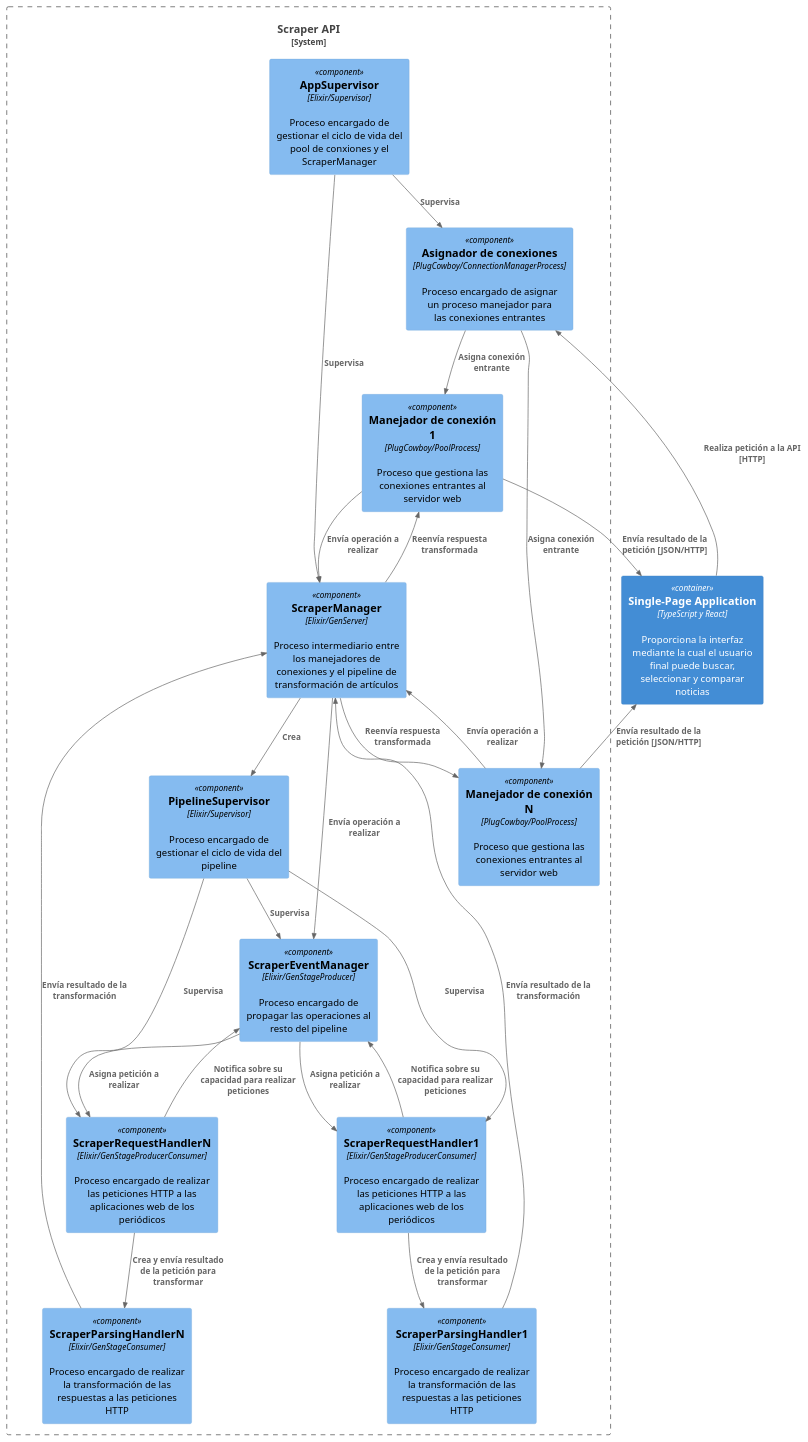
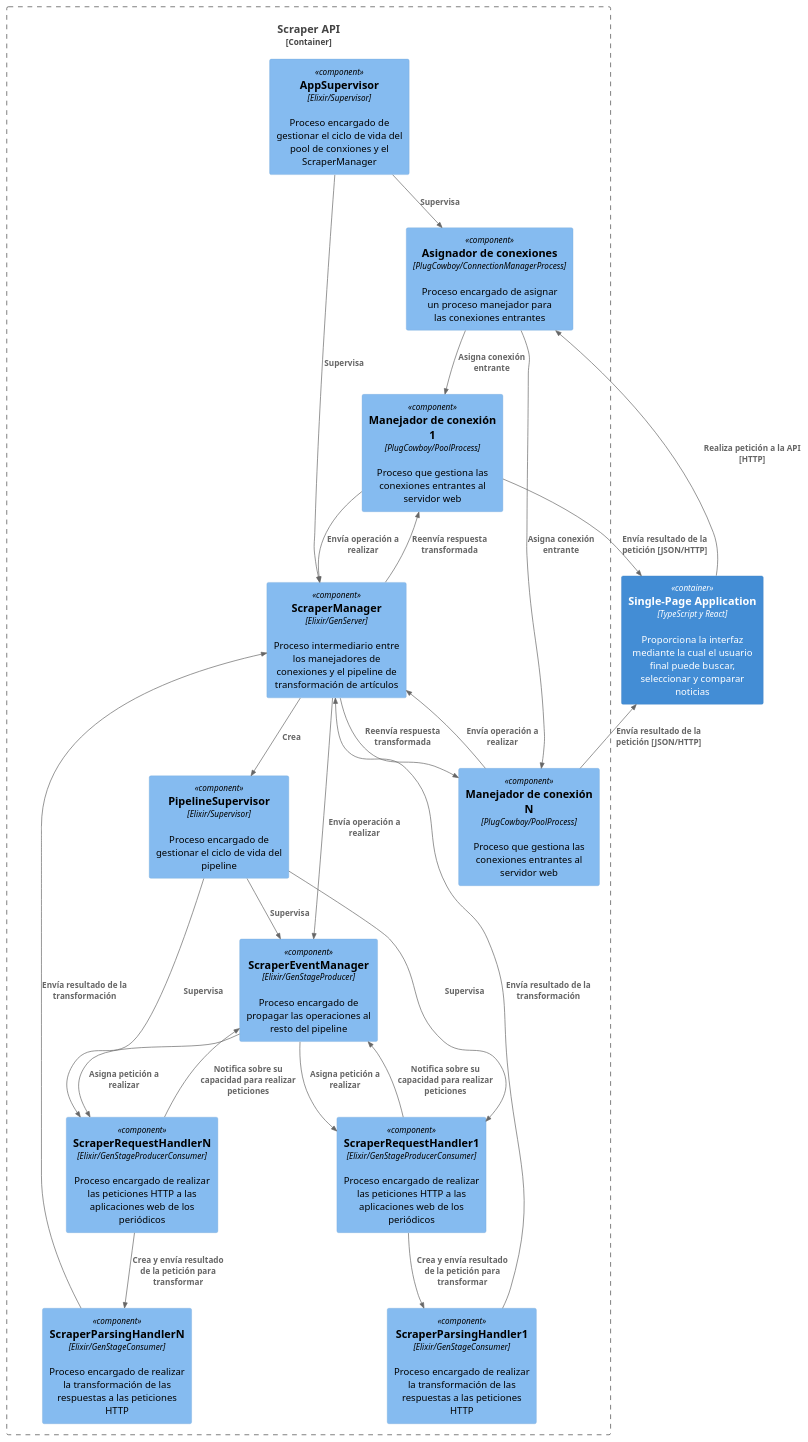
Before and after one commit to afsanchez1/contrast_app: the diagram in docs/diagrams/src/component.puml, drawn with PlantUML.

Commit message:
Component diagram added

```diff
--- a/docs/diagrams/src/component.puml
+++ b/docs/diagrams/src/component.puml
@@ -1,42 +1,42 @@
 @startuml system_context
 !include <C4/C4_Component>
 
 Container(WebApp, "Single-Page Application", "TypeScript y React", "Proporciona la interfaz mediante la cual el usuario final puede buscar, seleccionar y comparar noticias")
-System_Boundary(SysBound, "Scraper API") {
+Container_Boundary(SysBound, "Scraper API") {
   Component(AppSupervisor, "AppSupervisor", "Elixir/Supervisor", "Proceso encargado de gestionar el ciclo de vida del pool de conxiones y el ScraperManager")
   Component(ConnectionManager, "Asignador de conexiones", "PlugCowboy/ConnectionManagerProcess", "Proceso encargado de asignar un proceso manejador para las conexiones entrantes")
   Component(ConnProc1, "Manejador de conexión 1", "PlugCowboy/PoolProcess","Proceso que gestiona las conexiones entrantes al servidor web")
   Component(ConnProc2, "Manejador de conexión N", "PlugCowboy/PoolProcess","Proceso que gestiona las conexiones entrantes al servidor web")
   Component(ScraperManager, "ScraperManager", "Elixir/GenServer", "Proceso intermediario entre los manejadores de conexiones y el pipeline de transformación de artículos")
   Component(PipelineSupervisor, "PipelineSupervisor", "Elixir/Supervisor", "Proceso encargado de gestionar el ciclo de vida del pipeline")
   Component(ScraperEventManager, "ScraperEventManager", "Elixir/GenStageProducer", "Proceso encargado de propagar las operaciones al resto del pipeline")
   Component(ScraperRequestHandler1, "ScraperRequestHandler1", "Elixir/GenStageProducerConsumer", "Proceso encargado de realizar las peticiones HTTP a las aplicaciones web de los periódicos")
   Component(ScraperRequestHandlerN, "ScraperRequestHandlerN", "Elixir/GenStageProducerConsumer", "Proceso encargado de realizar las peticiones HTTP a las aplicaciones web de los periódicos")
   Component(ScraperParsingHandler1, "ScraperParsingHandler1", "Elixir/GenStageConsumer", "Proceso encargado de realizar la transformación de las respuestas a las peticiones HTTP")
   Component(ScraperParsingHandlerN, "ScraperParsingHandlerN", "Elixir/GenStageConsumer", "Proceso encargado de realizar la transformación de las respuestas a las peticiones HTTP")
 }
 Rel(AppSupervisor, ConnectionManager, "Supervisa")
 Rel(AppSupervisor, ScraperManager, "Supervisa")
 Rel(ConnectionManager, ConnProc1, "Asigna conexión entrante")
 Rel(ConnectionManager, ConnProc2, "Asigna conexión entrante")
 Rel(ConnProc1, ScraperManager, "Envía operación a realizar")
 Rel(ConnProc2, ScraperManager, "Envía operación a realizar")
 Rel(ScraperManager, ConnProc1, "Reenvía respuesta transformada")
 Rel(ScraperManager, ConnProc2, "Reenvía respuesta transformada")
 Rel(ScraperManager, PipelineSupervisor, "Crea")
 Rel(PipelineSupervisor, ScraperEventManager, "Supervisa")
 Rel(PipelineSupervisor, ScraperRequestHandler1, "Supervisa")
 Rel(PipelineSupervisor, ScraperRequestHandlerN, "Supervisa")
 Rel(ScraperManager, ScraperEventManager, "Envía operación a realizar")
 Rel(ScraperEventManager, ScraperRequestHandler1, "Asigna petición a realizar")
 Rel(ScraperEventManager, ScraperRequestHandlerN, "Asigna petición a realizar")
 Rel(ScraperRequestHandler1, ScraperEventManager, "Notifica sobre su capacidad para realizar peticiones")
 Rel(ScraperRequestHandlerN, ScraperEventManager, "Notifica sobre su capacidad para realizar peticiones")
 Rel(ScraperRequestHandler1, ScraperParsingHandler1, "Crea y envía resultado de la petición para transformar")
 Rel(ScraperRequestHandlerN, ScraperParsingHandlerN, "Crea y envía resultado de la petición para transformar")
 Rel(ScraperParsingHandler1, ScraperManager, "Envía resultado de la transformación")
 Rel(ScraperParsingHandlerN, ScraperManager, "Envía resultado de la transformación")
 Rel(WebApp, ConnectionManager, "Realiza petición a la API [HTTP]")
 Rel(ConnProc1, WebApp, "Envía resultado de la petición [JSON/HTTP]")
 Rel(ConnProc2, WebApp, "Envía resultado de la petición [JSON/HTTP]")
 @enduml
```
